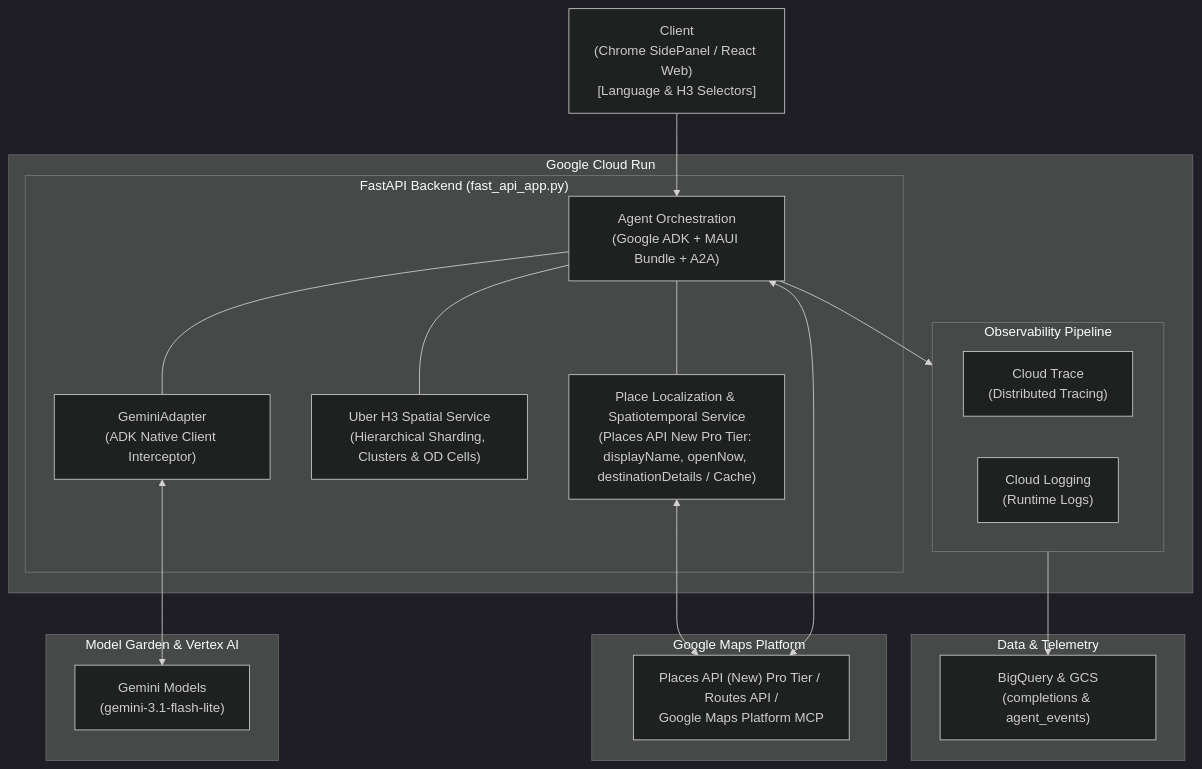
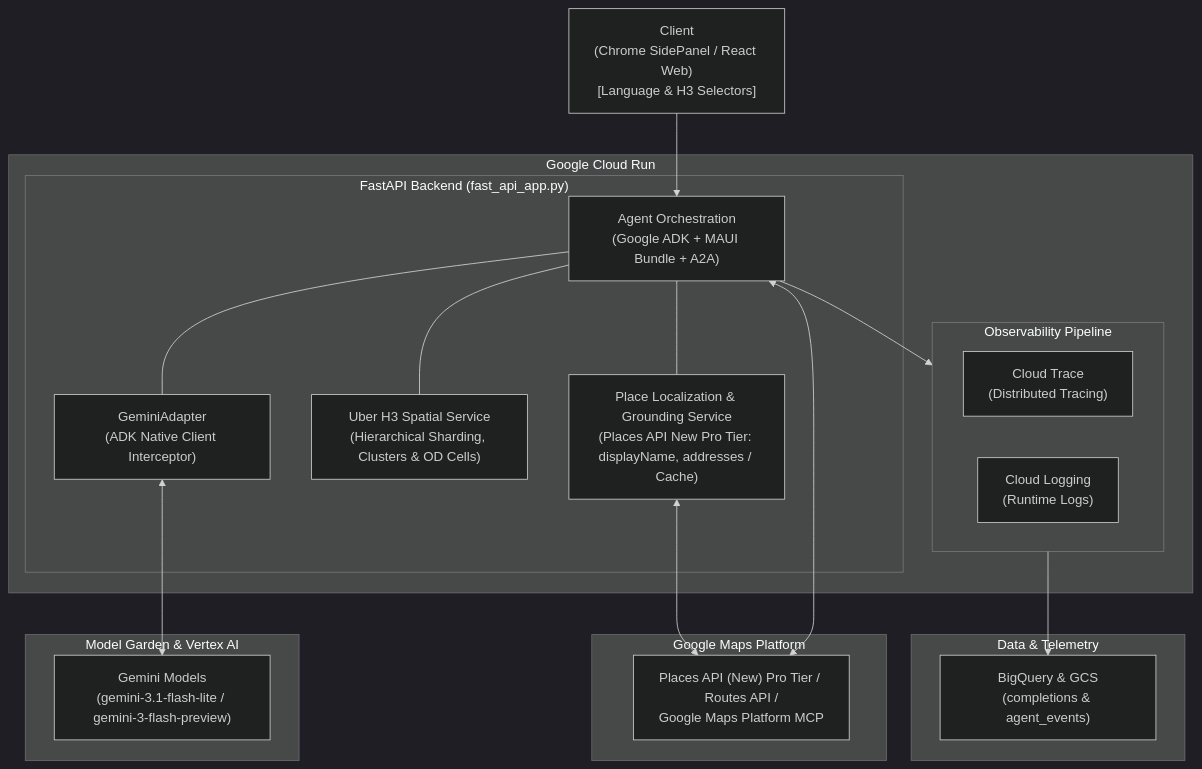
Before and after one commit to shogoorg/geo-agent: the second of 2 diagrams in README.md, drawn with Mermaid (dark theme). The commit also changed other lines of this file, not shown here.

Commit message:
docs: modernize CLI lifecycle diagram and tailor architecture specifications in README

````diff
--- a/README.md
+++ b/README.md
@@ -432,40 +329,40 @@
 ```mermaid
 flowchart TB
     Client["Client\n(Chrome SidePanel / React Web)\n[Language & H3 Selectors]"]
 
     subgraph Deployment ["Google Cloud Run"]
         subgraph FastAPIApp ["FastAPI Backend (fast_api_app.py)"]
             AO["Agent Orchestration\n(Google ADK + MAUI Bundle + A2A)"]
             GA["GeminiAdapter\n(ADK Native Client Interceptor)"]
             H3["Uber H3 Spatial Service\n(Hierarchical Sharding, Clusters & OD Cells)"]
-            LOC["Place Localization & Spatiotemporal Service\n(Places API New Pro Tier: displayName, openNow, destinationDetails / Cache)"]
+            LOC["Place Localization & Grounding Service\n(Places API New Pro Tier: displayName, addresses / Cache)"]
             AO --- GA
             AO --- H3
             AO --- LOC
         end
         subgraph Observability ["Observability Pipeline"]
             OTEL["Cloud Trace\n(Distributed Tracing)"]
             LOG["Cloud Logging\n(Runtime Logs)"]
         end
     end
 
     subgraph LLMs ["Model Garden & Vertex AI"]
-        MG["Gemini Models\n(gemini-3.1-flash-lite)"]
+        MG["Gemini Models\n(gemini-3.1-flash-lite / gemini-3-flash-preview)"]
     end
 
     subgraph Data ["Data & Telemetry"]
         DSA["BigQuery & GCS\n(completions & agent_events)"]
     end
 
     subgraph MapsPlatform ["Google Maps Platform"]
         MAPS["Places API (New) Pro Tier / Routes API /\nGoogle Maps Platform MCP"]
     end
 
     %% Connections
     Client --> AO
     AO <--> MAPS
     LOC <--> MAPS
     GA <--> MG
     AO --> Observability
     Observability --> DSA
 ```
````
